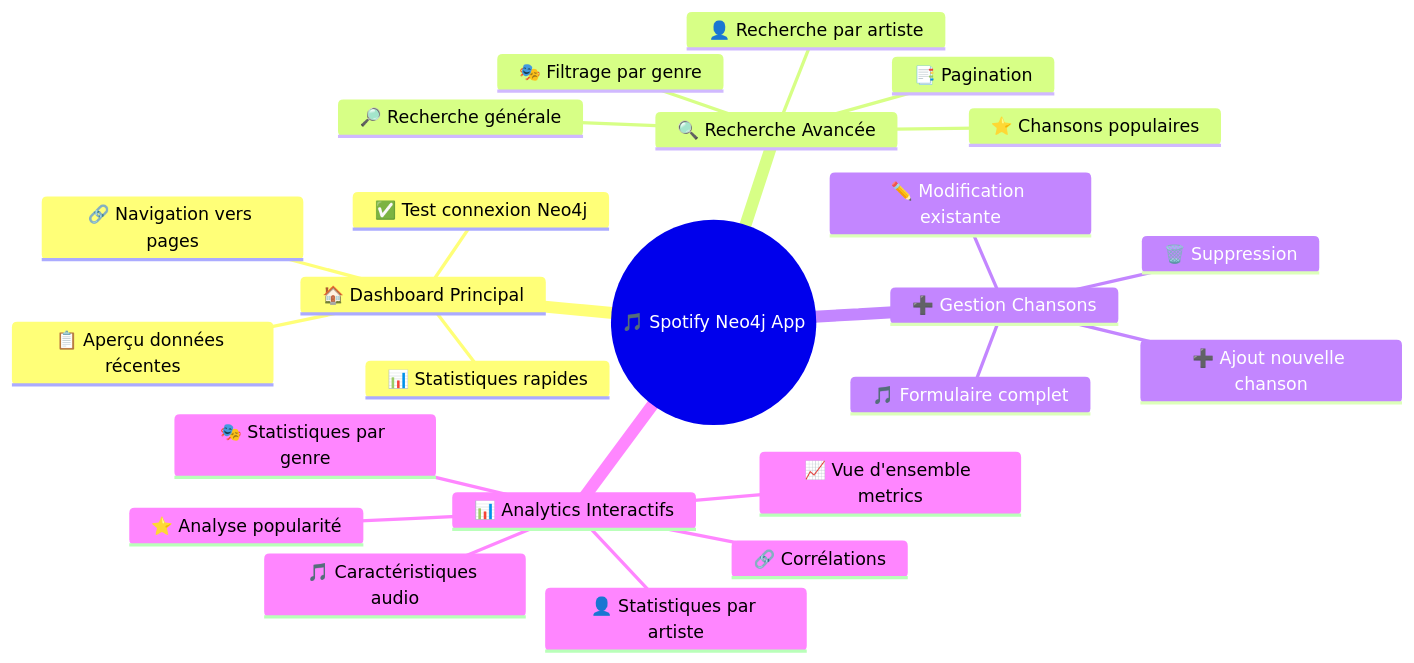
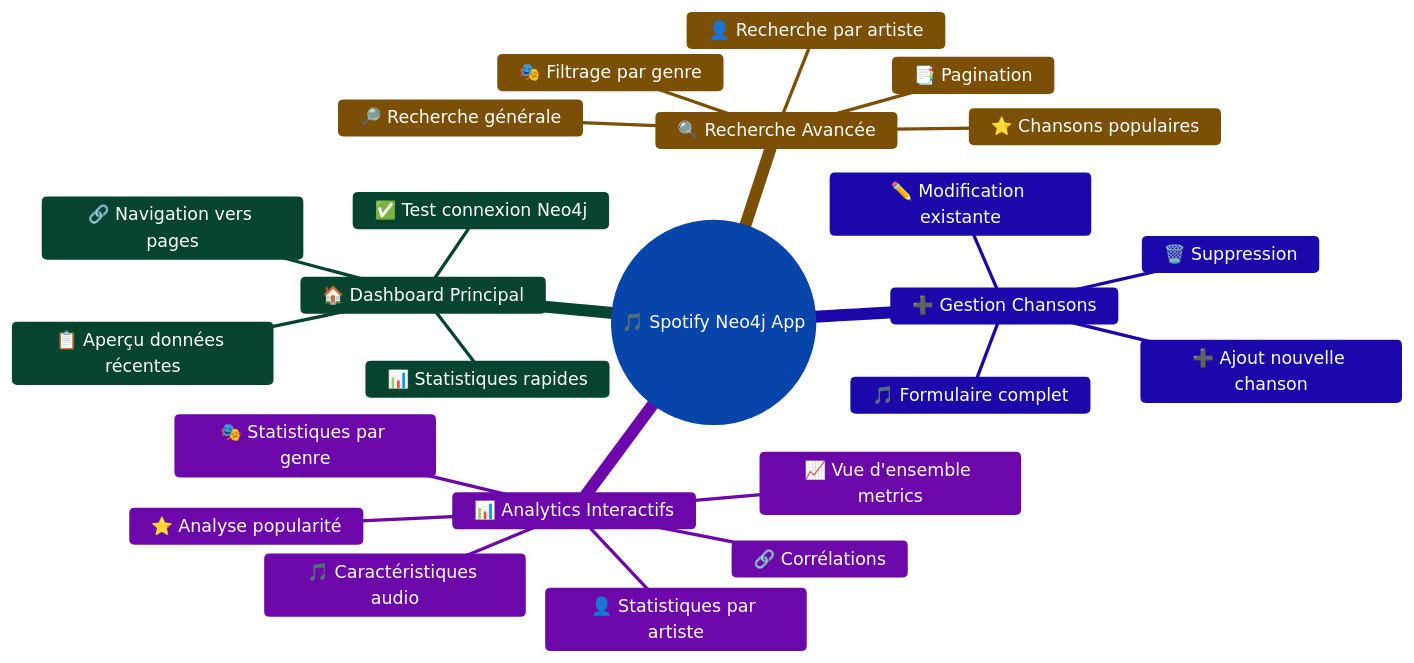
The third of 5 diagrams in README.md (MatisAgr/IPSSI_SPOTIFY_NOSQL), drawn with Mermaid before and after one commit. The commit also changed other lines of this file, not shown here.

Commit message:
Mise à jour du README.md : amélioration de la clarté et de la présentation, mise à jour des liens Trello et ajustement des styles de diagrammes.

````diff
--- a/README.md
+++ b/README.md
@@ -221,27 +221,28 @@
 ```mermaid
+%%{init: {'theme':'base', 'themeVariables': {'primaryColor':'#3b82f6','primaryTextColor':'#ffffff','primaryBorderColor':'#1d4ed8','secondaryColor':'#10b981','secondaryTextColor':'#ffffff','tertiaryColor':'#f59e0b','tertiaryTextColor':'#ffffff','background':'#1f2937','mainBkg':'#374151','secondBkg':'#4b5563','tertiaryBkg':'#6b7280','lineColor':'#ffffff','textColor':'#ffffff','nodeTextColor':'#ffffff'}}}%%
 mindmap
     root((🎵 Spotify Neo4j App))
         🏠 Dashboard Principal
             ✅ Test connexion Neo4j
             📊 Statistiques rapides
             🔗 Navigation vers pages
             📋 Aperçu données récentes
         🔍 Recherche Avancée
             🔎 Recherche générale
             🎭 Filtrage par genre
             👤 Recherche par artiste
             ⭐ Chansons populaires
             📑 Pagination
         ➕ Gestion Chansons
             ➕ Ajout nouvelle chanson
             🎵 Formulaire complet
             ✏️ Modification existante
             🗑️ Suppression
         📊 Analytics Interactifs
             📈 Vue d'ensemble metrics
             🎭 Statistiques par genre
             👤 Statistiques par artiste
             ⭐ Analyse popularité
             🎵 Caractéristiques audio
             🔗 Corrélations
 ```
````
